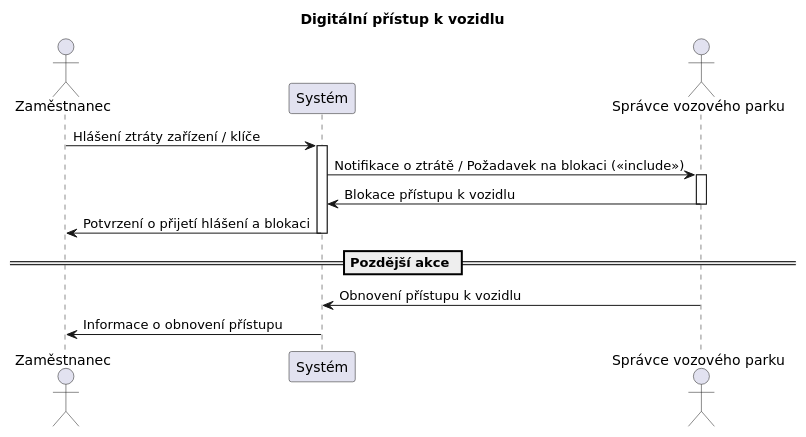
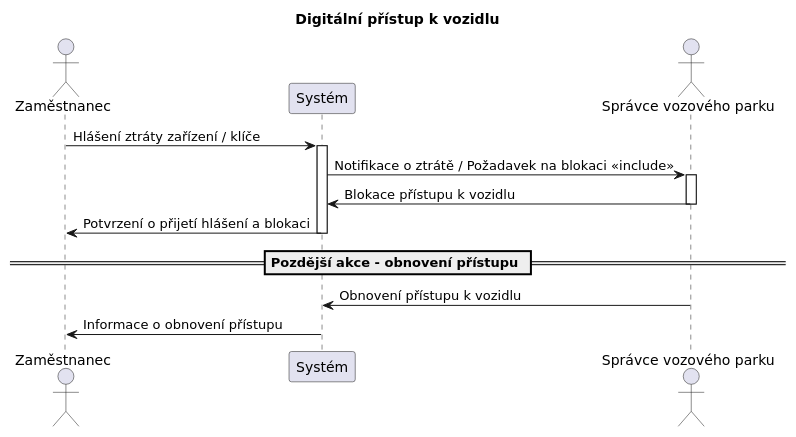
Before and after one commit to Sosto1/Car-side: the diagram in diagrams/sekvencni/Sekvencni_pristupVozidla.puml, drawn with PlantUML. The commit also changed other lines of this file and 17 other files, not shown here.

```diff
--- a/diagrams/sekvencni/Sekvencni_pristupVozidla.puml
+++ b/diagrams/sekvencni/Sekvencni_pristupVozidla.puml
@@ -1,21 +1,59 @@
 @startuml
 skinparam defaultFontName "DejaVu Sans"
+
+' ============================================================
+' Diagram: Digitalni pristup k vozidlu
+' ============================================================
+' Ucel:
+'   Nahlaseni ztraty pristupoveho zarizeni (digitalni klic /
+'   fyzicky klic) a sprava blokace pristupe k vozidlu.
+'
+' Akteri:
+'   - Zamestnanec: nahlasi ztratu, prijima potvrzeni / obnovu
+'   - System: odesila notifikace, potvrzuje operace
+'   - Spravce vozoveho parku: provadi blokaci a naslednou obnovu
+'
+' Hlavni tok:
+'   1. Zamestnanec nahlasi ztratu zarizeni nebo klice.
+'   2. System automaticky zasle notifikaci a pozadavek na blokaci
+'      Spravci vozoveho parku <<include>>.
+'   3. Spravce provede blokaci pristupu k vozidlu v Systemu.
+'   4. System potvrdí Zamestnanci prijeti hlaseni a uspesnou blokaci.
+'   --- Pozdejsi akce ---
+'   5. Spravce muze v Systemu pristup k vozidlu znovu obnovit.
+'   6. System informuje Zamestnance o obnoveni pristupu.
+' ============================================================
+
 title Digitální přístup k vozidlu
 
 actor "Zaměstnanec" as Emp
 participant "Systém" as Sys
 actor "Správce vozového parku" as Admin
 
+' KROK 1: Zamestnanec nahlasi ztratu zarizeni nebo klice
 Emp -> Sys: Hlášení ztráty zařízení / klíče
 activate Sys
-Sys -> Admin: Notifikace o ztrátě / Požadavek na blokaci (<<include>>)
+
+' KROK 2 (<<include>>): System automaticky notifikuje spravce
+'   a zadouc o provedeni blokace – tato vazba je povinna (include)
+Sys -> Admin: Notifikace o ztrátě / Požadavek na blokaci <<include>>
 activate Admin
+
+' KROK 3: Spravce provede blokaci pristupu v systemu
 Admin -> Sys: Blokace přístupu k vozidlu
 deactivate Admin
+
+' KROK 4: System potvrdí zamestnanci uspesnou blokaci
 Sys -> Emp: Potvrzení o přijetí hlášení a blokaci
 deactivate Sys
 
-== Pozdější akce ==
+' --- Oddeleni pro pozdejsi akci obnovy pristupu ---
+== Pozdější akce – obnovení přístupu ==
+
+' KROK 5: Spravce rozhodne o obnoveni pristupu (napr. po nalezeni klice)
 Admin -> Sys: Obnovení přístupu k vozidlu
+
+' KROK 6: System informuje zamestnance, ze pristup byl obnoven
 Sys -> Emp: Informace o obnovení přístupu
+
 @enduml
```
